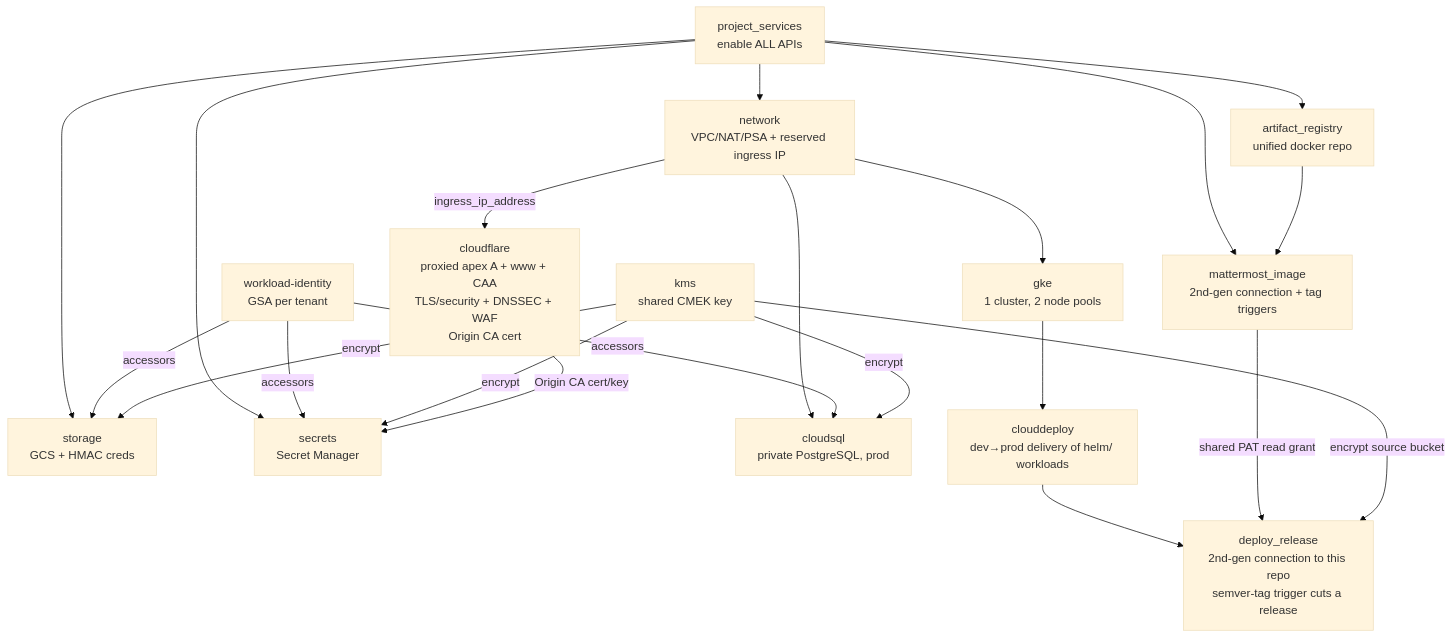
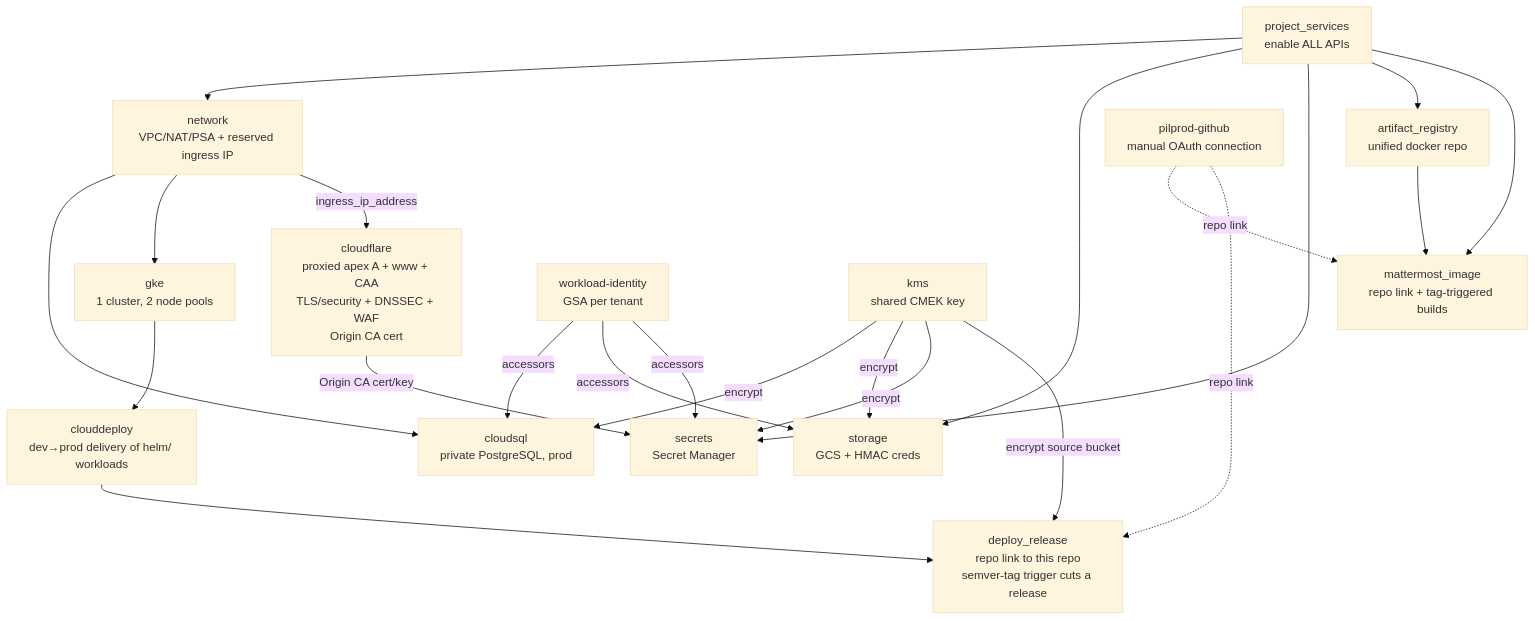
The diagram in README.md (pilprod/yourown-chat), drawn with Mermaid (base theme) before and after one commit. The commit also changed other lines of this file and 14 other files, not shown here.

First line of the commit message:
refactor: use existing Cloud Build connection (pilprod-github), drop PAT

````diff
--- a/README.md
+++ b/README.md
@@ -641,24 +595,25 @@
 ```mermaid
 graph TD
   PS[project_services<br/>enable ALL APIs] --> NET[network<br/>VPC/NAT/PSA + reserved ingress IP]
   PS --> STO[storage<br/>GCS + HMAC creds]
   PS --> SEC[secrets<br/>Secret Manager]
   PS --> AR[artifact_registry<br/>unified docker repo]
-  PS --> IMG[mattermost_image<br/>2nd-gen connection + tag triggers]
+  PS --> IMG[mattermost_image<br/>repo link + tag-triggered builds]
   AR --> IMG
   NET --> SQL[cloudsql<br/>private PostgreSQL, prod]
   NET --> GKE[gke<br/>1 cluster, 2 node pools]
   NET -->|ingress_ip_address| CF[cloudflare<br/>proxied apex A + www + CAA<br/>TLS/security + DNSSEC + WAF<br/>Origin CA cert]
   WI[workload-identity<br/>GSA per tenant]
   WI -->|accessors| SQL
   WI -->|accessors| STO
   WI -->|accessors| SEC
   KMS[kms<br/>shared CMEK key] -->|encrypt| SQL
   KMS -->|encrypt| STO
   KMS -->|encrypt| SEC
   GKE --> CD[clouddeploy<br/>dev→prod delivery of helm/ workloads]
   CF -->|Origin CA cert/key| SEC
-  CD --> DR[deploy_release<br/>2nd-gen connection to this repo<br/>semver-tag trigger cuts a release]
-  IMG -->|shared PAT read grant| DR
+  CD --> DR[deploy_release<br/>repo link to this repo<br/>semver-tag trigger cuts a release]
+  CONN[pilprod-github<br/>manual OAuth connection] -.->|repo link| IMG
+  CONN -.->|repo link| DR
   KMS -->|encrypt source bucket| DR
 ```
````
